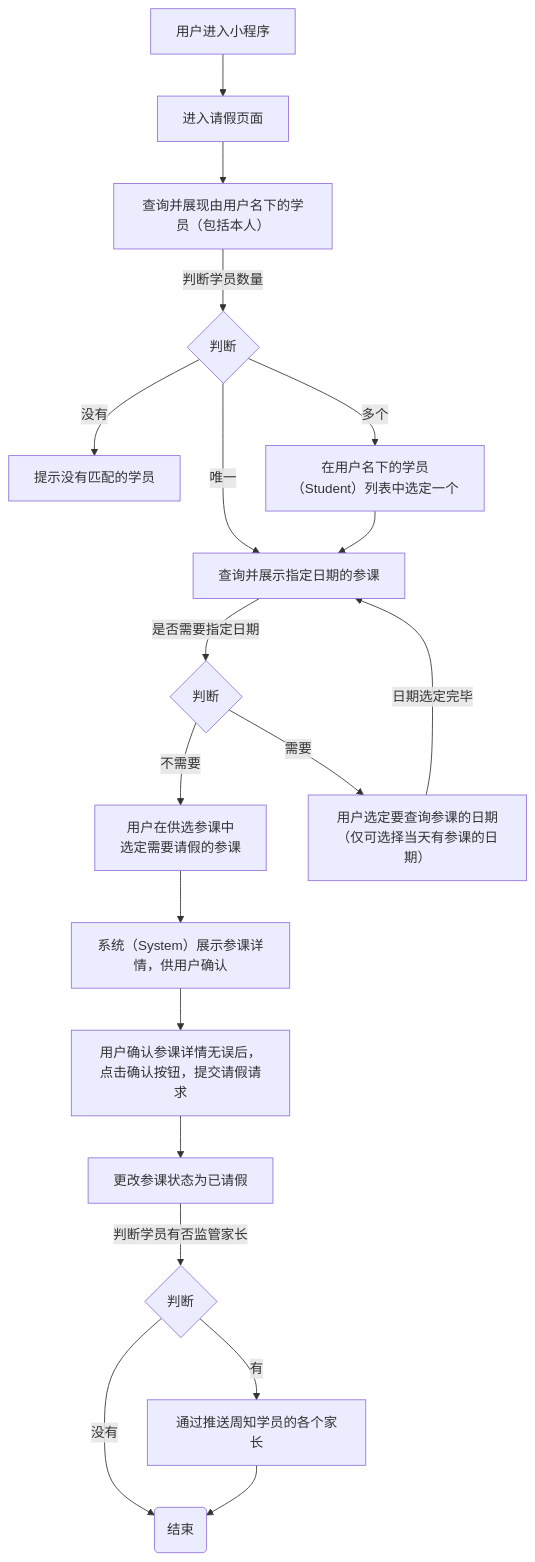
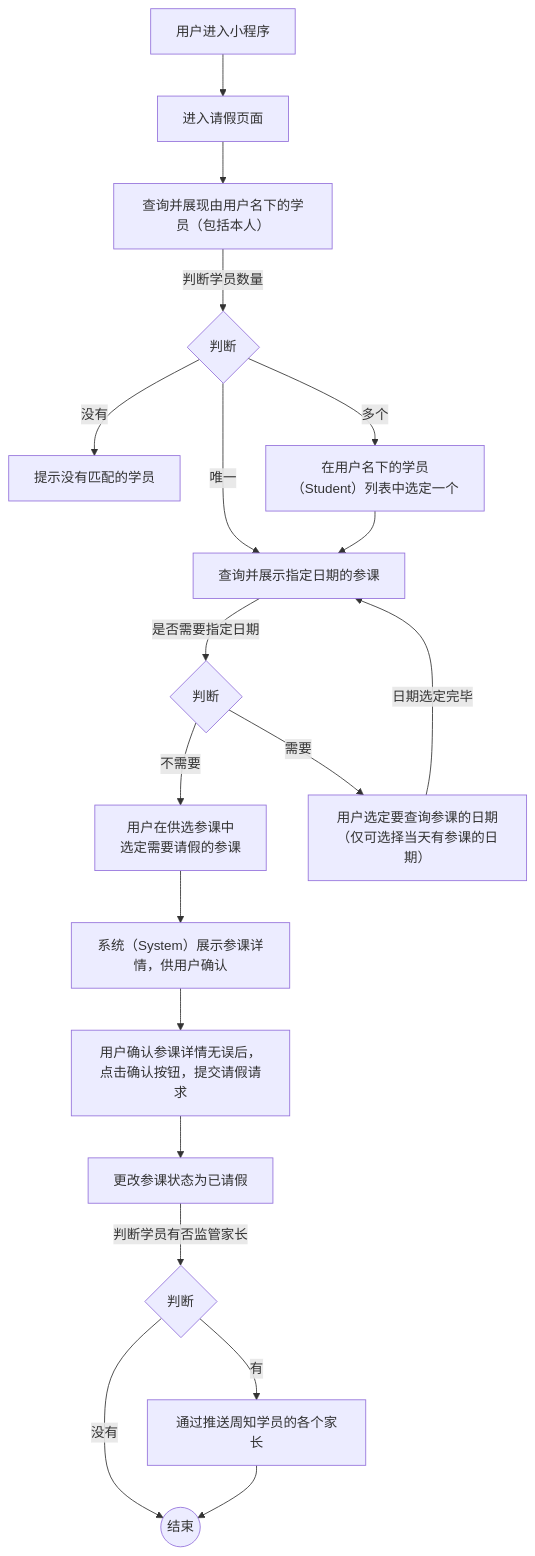
The diagram in 用例/请假.md (world-wide-web/sign), drawn with Mermaid before and after one commit. The commit also changed other lines of this file, not shown here.

Commit message:
用例/请假.md updated from https://stackedit.io/

````diff
--- a/用例/请假.md
+++ b/用例/请假.md
@@ -7,62 +7,62 @@
 ```mermaid
 graph TD
 
 进入小程序-->进入请假页面
 
 进入请假页面-->查询并展现由用户名下的学员
 
 查询并展现由用户名下的学员--判断学员数量-->判断学员数量
 
 判断学员数量--没有-->提示没有匹配的学员
 
 判断学员数量--唯一-->查询并展示指定日期的参课
 
 判断学员数量--多个-->选定学员
 
 选定学员-->查询并展示指定日期的参课
 
 查询并展示指定日期的参课--是否需要指定日期-->决定是否需要指定日期
 
 决定是否需要指定日期--不需要-->选定参课
 
 决定是否需要指定日期--需要-->选定日期
 
 选定日期--日期选定完毕-->查询并展示指定日期的参课
 
 选定参课-->展示参课详情
 
 展示参课详情-->提交请假请求
 
 提交请假请求-->更改参课状态为已请假
 
 更改参课状态为已请假--判断学员有否监管家长-->判断学员有否监管家长
 
 判断学员有否监管家长--有-->通过推送周知学员的各个家长
 
 判断学员有否监管家长--没有-->结束
 
 通过推送周知学员的各个家长-->结束
 
 进入小程序["<center>用户进入小程序</center>"]
 
 查询并展现由用户名下的学员["<center>查询并展现由用户名下的学员（包括本人）</center>"]
 
 判断学员数量{"<center>判断</center>"}
 
 选定学员["<center>在用户名下的学员（Student）列表中选定一个</center>"]
 
 决定是否需要指定日期{"<center>判断</center>"}
 
 选定日期["<center>用户选定要查询参课的日期<br>（仅可选择当天有参课的日期）</center>"]
 
 选定参课["<center>用户在供选参课中<br>选定需要请假的参课</center>"]
 
 展示参课详情["<center>系统（System）展示参课详情，供用户确认</center>"]
 
 提交请假请求["<center>用户确认参课详情无误后，点击确认按钮，提交请假请求</center>"]
 
 判断学员有否监管家长{判断}
 
-结束(结束)
+结束((结束))
 
 ```
````
